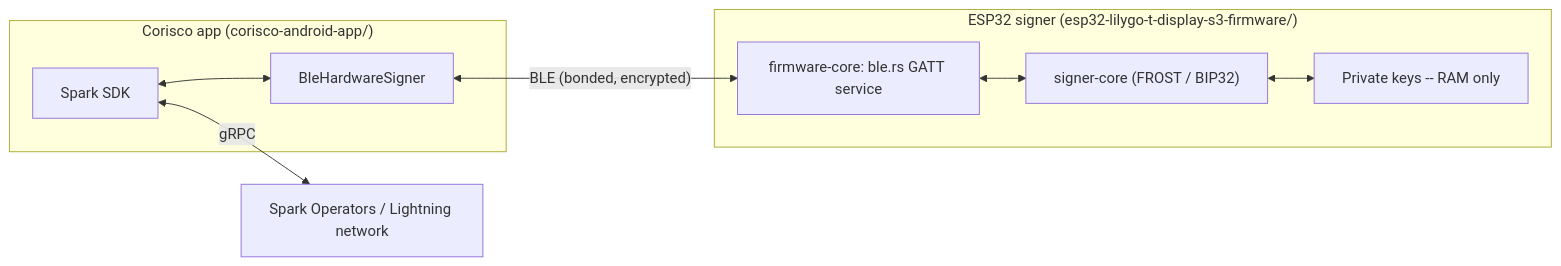
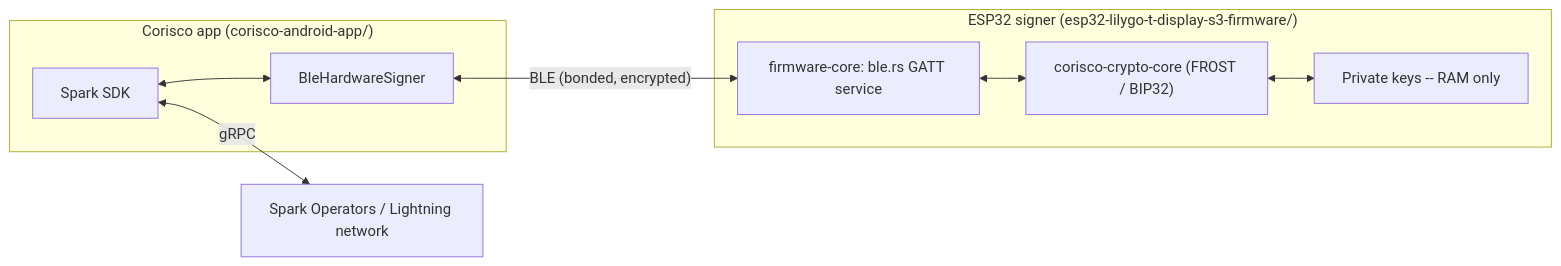
The diagram in README.md (corisco-wallet/corisco-firmware), drawn with Mermaid before and after one commit. The commit also changed 14 other files, not shown here.

Commit message:
chore: rename signer-core to corisco-crypto-core and pin it to the v0.1.0 git tag

````diff
--- a/README.md
+++ b/README.md
@@ -14,19 +14,19 @@
 ```mermaid
 flowchart LR
     subgraph Phone["Corisco app (corisco-android-app/)"]
         SDK["Spark SDK"]
         Signer["BleHardwareSigner"]
         SDK <--> Signer
     end
     subgraph Device["ESP32 signer (esp32-lilygo-t-display-s3-firmware/)"]
         BLE["firmware-core: ble.rs GATT service"]
-        Core["signer-core (FROST / BIP32)"]
+        Core["corisco-crypto-core (FROST / BIP32)"]
         Roots["Private keys -- RAM only"]
         BLE <--> Core
         Core <--> Roots
     end
     Net["Spark Operators / Lightning network"]
 
     Signer <-- "BLE (bonded, encrypted)" --> BLE
     SDK <-- "gRPC" --> Net
 ```
````
